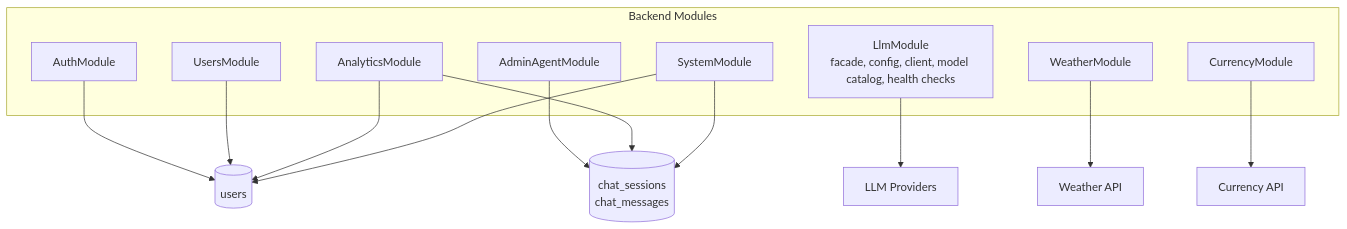
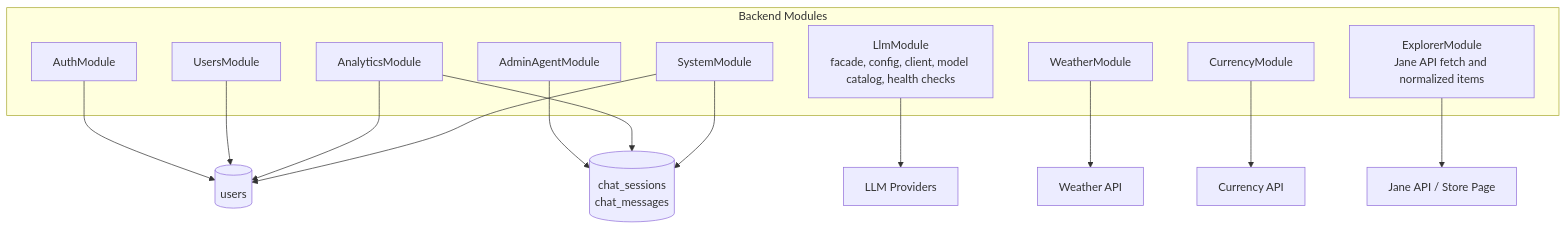
One commit to Poratt/Agentic-Agent changed the fourth of 6 diagrams in documents/architecture-diagram.md. Above: the diagram before and after it, drawn with Mermaid. The commit also changed other lines of this file and 19 other files, not shown here.

````diff
--- a/documents/architecture-diagram.md
+++ b/documents/architecture-diagram.md
@@ -175,21 +180,23 @@
 ```mermaid
 flowchart TB
   subgraph Modules["Backend Modules"]
     Auth["AuthModule"]
     Users["UsersModule"]
     AdminAgent["AdminAgentModule"]
     LLM["LlmModule\nfacade, config, client, model catalog, health checks"]
     System["SystemModule"]
     Weather["WeatherModule"]
     Analytics["AnalyticsModule"]
     Currency["CurrencyModule"]
+    Explorer["ExplorerModule\nJane API fetch and normalized items"]
   end
 
   Auth & Users --> UsersDb[(users)]
   AdminAgent --> ChatDb[(chat_sessions\nchat_messages)]
   Analytics --> UsersDb & ChatDb
   System --> UsersDb & ChatDb
   Weather --> WeatherApi[Weather API]
   Currency --> CurrencyApi[Currency API]
+  Explorer --> JaneApi[Jane API / Store Page]
   LLM --> Providers[LLM Providers]
 ```
````
